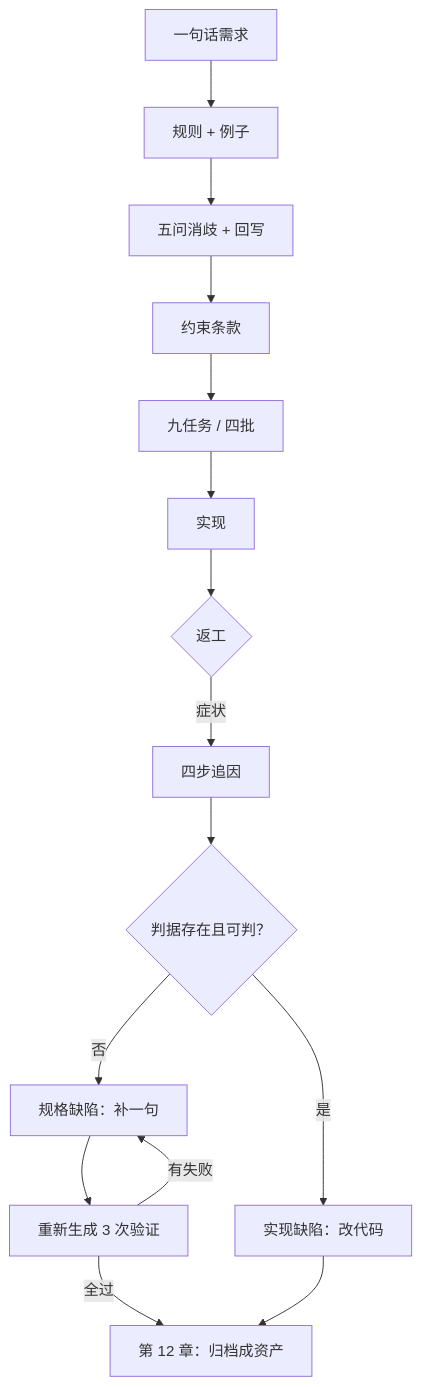
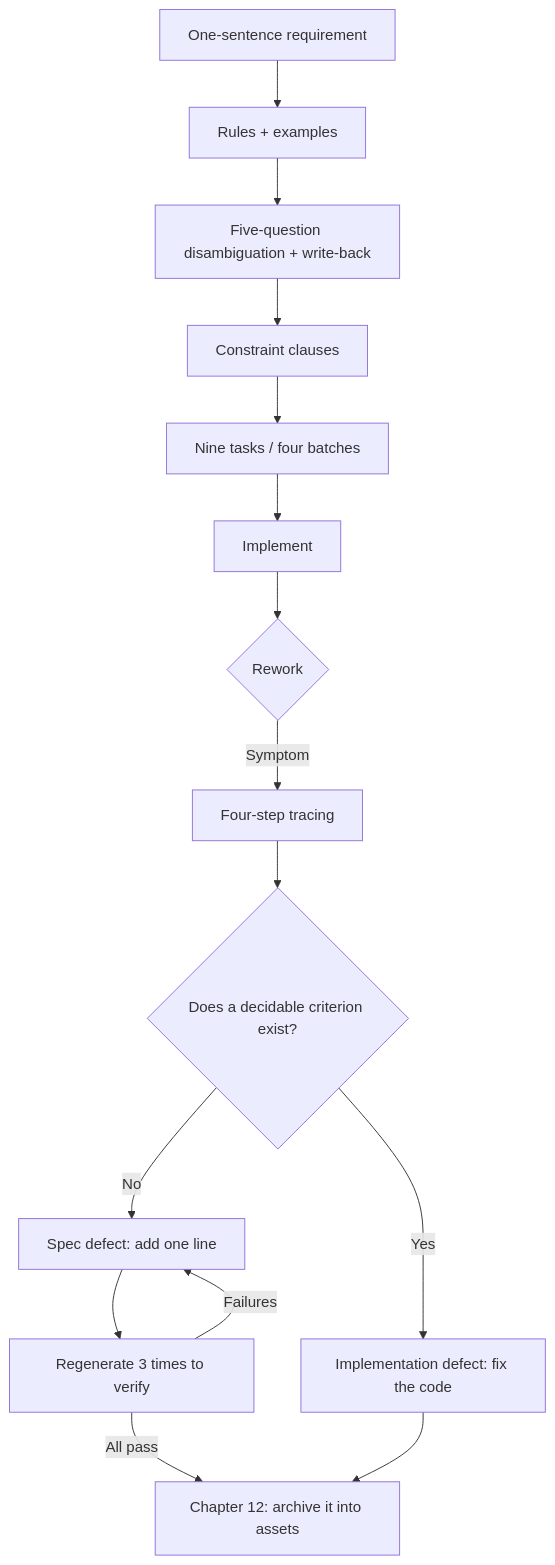
Before and after one commit to xzlxiao/vibe-coding-textbook: the second of 2 diagrams in phase2/chapters/ch11-end-to-end.md, drawn with Mermaid. The commit also changed other lines of this file and 15 other files, not shown here.

````diff
--- a/phase2/chapters/ch11-end-to-end.md
+++ b/phase2/chapters/ch11-end-to-end.md
@@ -173,17 +173,17 @@
 ```mermaid
 flowchart TD
-    A["一句话需求"] --> B["规则 + 例子"]
-    B --> C["五问消歧 + 回写"]
-    C --> D["约束条款"]
-    D --> E["九任务 / 四批"]
-    E --> F["实现"]
-    F --> G{"返工"}
-    G -->|"症状"| H["四步追因"]
-    H --> I{"判据存在且可判？"}
-    I -->|"是"| J["实现缺陷：改代码"]
-    I -->|"否"| K["规格缺陷：补一句"]
-    K --> L["重新生成 3 次验证"]
-    L -->|"有失败"| K
-    L -->|"全过"| M["第 12 章：归档成资产"]
+    A["One-sentence requirement"] --> B["Rules + examples"]
+    B --> C["Five-question disambiguation + write-back"]
+    C --> D["Constraint clauses"]
+    D --> E["Nine tasks / four batches"]
+    E --> F["Implement"]
+    F --> G{"Rework"}
+    G -->|"Symptom"| H["Four-step tracing"]
+    H --> I{"Does a decidable criterion exist?"}
+    I -->|"Yes"| J["Implementation defect: fix the code"]
+    I -->|"No"| K["Spec defect: add one line"]
+    K --> L["Regenerate 3 times to verify"]
+    L -->|"Failures"| K
+    L -->|"All pass"| M["Chapter 12: archive it into assets"]
     J --> M
 ```
````
